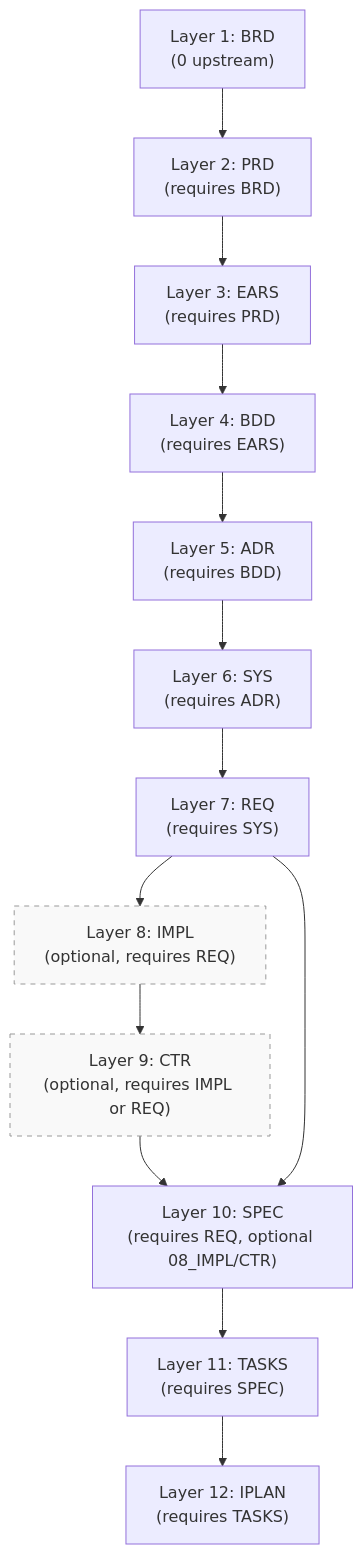
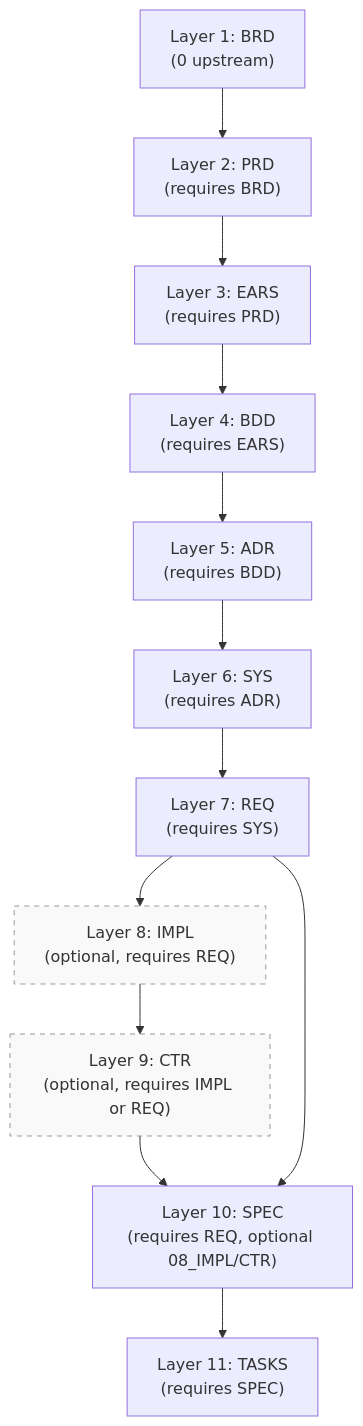
One commit to vladm3105/aidoc-flow-framework changed the second of 2 diagrams in ai_dev_flow/05_ADR/ADR-00_ai_powered_documentation_assistant_architecture.md. Above: the diagram before and after it, drawn with Mermaid. The commit also changed 184 other files, not shown here.

````diff
--- a/ai_dev_flow/05_ADR/ADR-00_ai_powered_documentation_assistant_architecture.md
+++ b/ai_dev_flow/05_ADR/ADR-00_ai_powered_documentation_assistant_architecture.md
@@ -290,22 +290,21 @@
 ```mermaid
 flowchart TB
     L1["Layer 1: BRD<br/>(0 upstream)"]
     L2["Layer 2: PRD<br/>(requires BRD)"]
     L3["Layer 3: EARS<br/>(requires PRD)"]
     L4["Layer 4: BDD<br/>(requires EARS)"]
     L5["Layer 5: ADR<br/>(requires BDD)"]
     L6["Layer 6: SYS<br/>(requires ADR)"]
     L7["Layer 7: REQ<br/>(requires SYS)"]
     L8["Layer 8: IMPL<br/>(optional, requires REQ)"]:::optional
     L9["Layer 9: CTR<br/>(optional, requires IMPL or REQ)"]:::optional
     L10["Layer 10: SPEC<br/>(requires REQ, optional 08_IMPL/CTR)"]
     L11["Layer 11: TASKS<br/>(requires SPEC)"]
-    L12["Layer 12: IPLAN<br/>(requires TASKS)"]
 
     L1 --> L2 --> L3 --> L4 --> L5 --> L6 --> L7
     L7 --> L8 --> L9 --> L10
     L7 --> L10
-    L10 --> L11 --> L12
+    L10 --> L11
 
     classDef optional fill:#f9f9f9,stroke:#999,stroke-dasharray: 5 5
 ```
````
